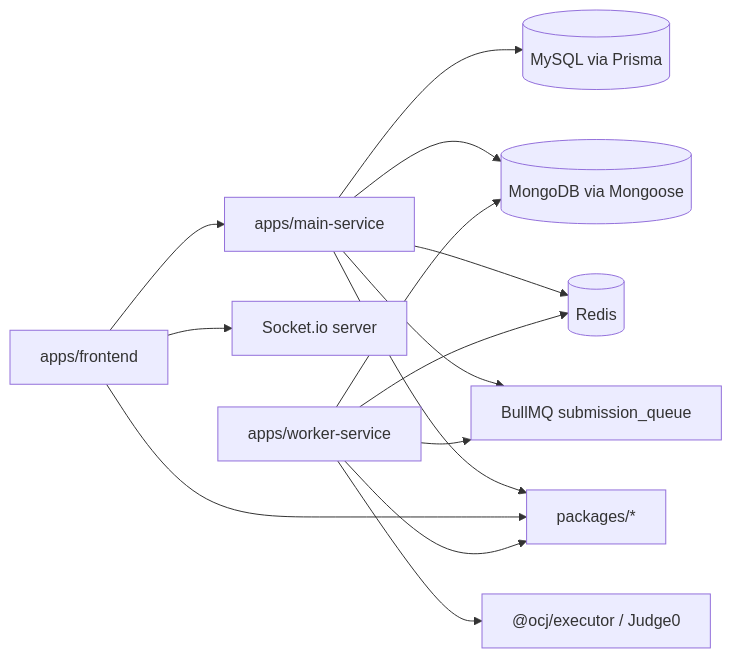
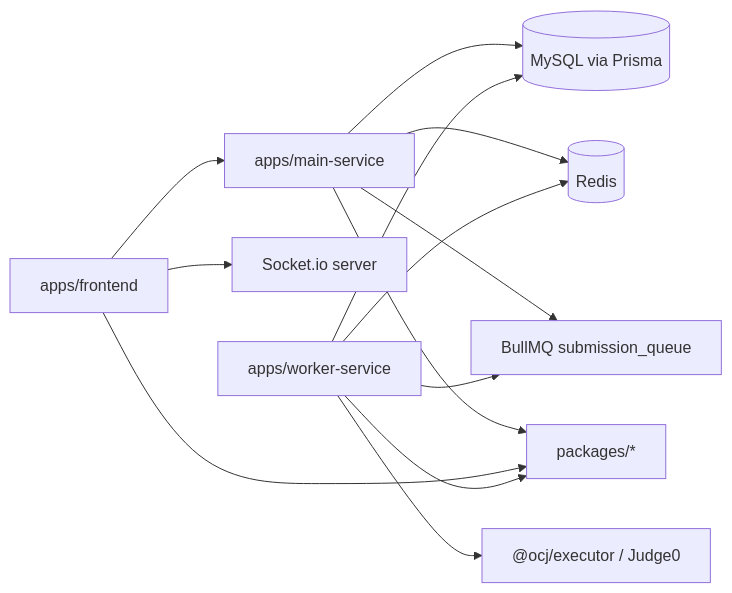
One commit to JamesHarrision/fessior-oj-backend changed the diagram in docs/project-structure.md. Above: the diagram before and after it, drawn with Mermaid. The commit also changed other lines of this file and 15 other files, not shown here.

Commit message:
docs: document simplified mysql architecture

````diff
--- a/docs/project-structure.md
+++ b/docs/project-structure.md
@@ -124,16 +122,15 @@
 ```mermaid
 flowchart LR
   FE[apps/frontend] --> API[apps/main-service]
   FE --> Socket[Socket.io server]
   API --> MySQL[(MySQL via Prisma)]
-  API --> Mongo[(MongoDB via Mongoose)]
   API --> Redis[(Redis)]
   API --> Queue[BullMQ submission_queue]
   Worker[apps/worker-service] --> Queue
-  Worker --> Mongo
+  Worker --> MySQL
   Worker --> Redis
   Worker --> Executor["@ocj/executor / Judge0"]
   API --> Shared["packages/*"]
   FE --> Shared
   Worker --> Shared
 ```
````
